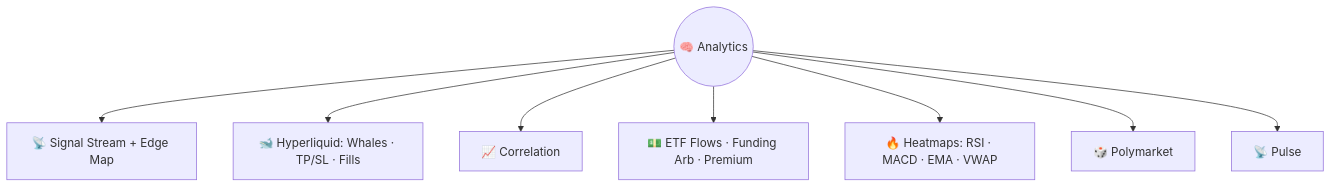
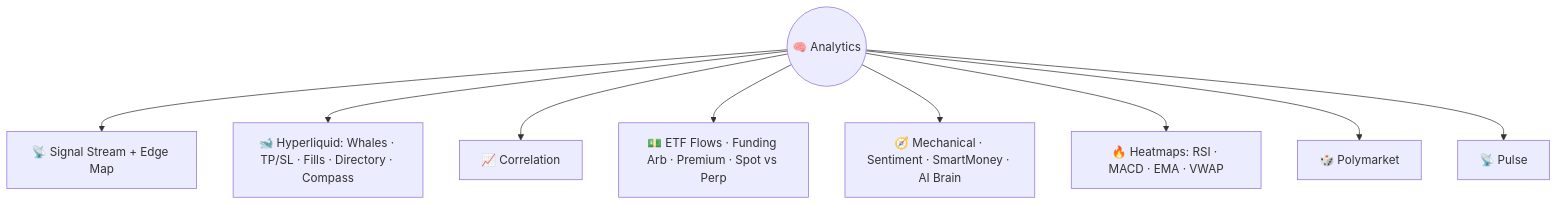
The diagram in analytics.md (formionai/docs), drawn with Mermaid before and after one commit. The commit also changed other lines of this file and 47 other files, not shown here.

````diff
--- a/analytics.md
+++ b/analytics.md
@@ -9,10 +9,11 @@
 ```mermaid
 flowchart TD
   AN(("🧠 Analytics")) --> SM["📡 Signal Stream + Edge Map"]
-  AN --> HL["🐋 Hyperliquid: Whales · TP/SL · Fills"]
+  AN --> HL["🐋 Hyperliquid: Whales · TP/SL · Fills · Directory · Compass"]
   AN --> CO["📈 Correlation"]
-  AN --> FL["💵 ETF Flows · Funding Arb · Premium"]
+  AN --> FL["💵 ETF Flows · Funding Arb · Premium · Spot vs Perp"]
+  AN --> MS["🧭 Mechanical · Sentiment · SmartMoney · AI Brain"]
   AN --> HM["🔥 Heatmaps: RSI · MACD · EMA · VWAP"]
   AN --> PM["🎲 Polymarket"]
   AN --> PU["📡 Pulse"]
 ```
````
